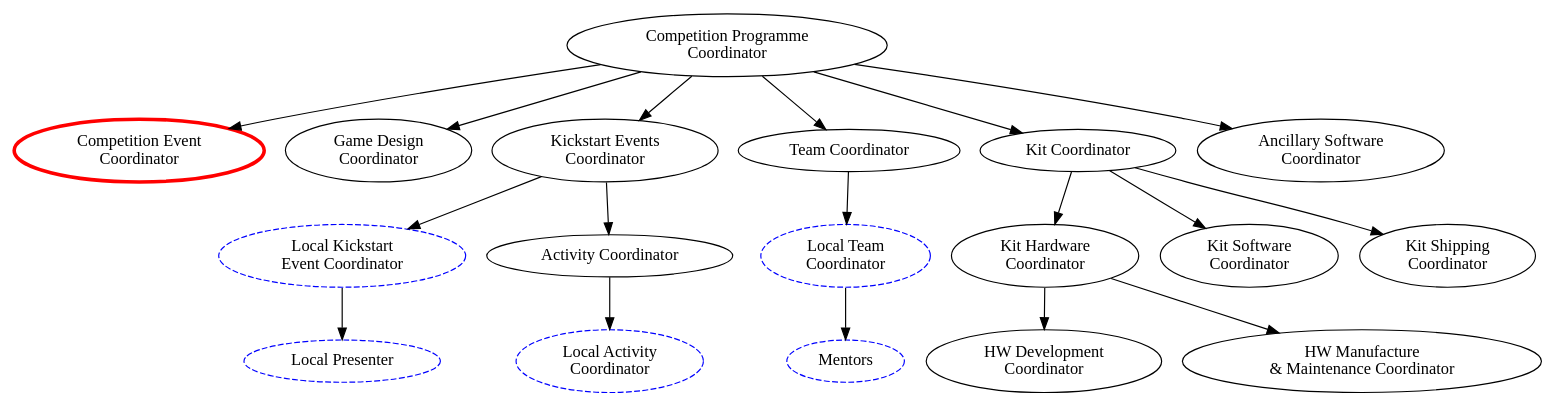
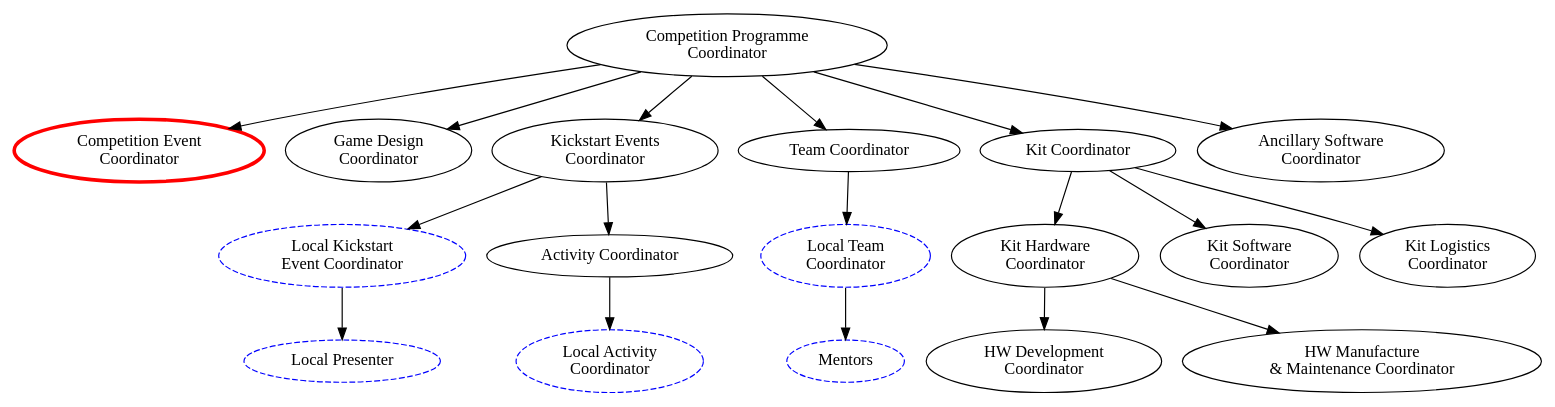
The diagram in org-chart/comp-prog.dot (Adimote/legacy-ops-manual), drawn with Graphviz before and after one commit. The commit also changed 1 other file, not shown here.

Commit message:
Rename Kit Shipping Coord to Kit Logistics Coord
Make this role more generally responsible for the management of kit
logistics.

```diff
--- a/org-chart/comp-prog.dot
+++ b/org-chart/comp-prog.dot
@@ -1,51 +1,51 @@
 digraph {
 	####### Node declarations
 	comp_prog_coord [label="Competition Programme\nCoordinator" email="competition-program@studentrobotics.org"];
 	
 	# Competition Coordinator Subordinates
 	comp_event_coord [label="Competition Event\nCoordinator" color=red penwidth=3 rolesexclude=true]; // Email and tel defined in comp-event.dot
 	game_design_coord [label="Game Design\nCoordinator" email="game-design@studentrobotics.org"];
 	kickstart_event_coord [label="Kickstart Events\nCoordinator" email="kickstart@studentrobotics.org"];
 	team_coord [label="Team Coordinator" email="teams@studentrobotics.org"];
 	kit_coord [label="Kit Coordinator" email="kit@studentrobotics.org"];
 	ancillary_sw_coord [label="Ancillary Software\nCoordinator" email="ancillary-software@studentrobotics.org"];
 	
 	### Fourth Level
 	
 	# Kickstart Event Coordinator Subordinates
 	local_ks_event_coord[label="Local Kickstart\nEvent Coordinator" color=blue style=dashed contactsexclude=true];
 	activity_coord[label="Activity Coordinator" email="activity@studentrobotics.org"]
 
 	local_activity_coord[label="Local Activity\nCoordinator" color=blue style=dashed contactsexclude=true];
 	local_team_coord[label="Local Team\nCoordinator" color=blue style=dashed contactsexclude=true];
 
 	# Kit Coordinator Subordinates
 	kit_hw_coord[label="Kit Hardware\nCoordinator" email="kit-hardware@studentrobotics.org"];
 	kit_sw_coord[label="Kit Software\nCoordinator" email="kit-software@studentrobotics.org"];
-	kit_shipping_coord[label="Kit Shipping\nCoordinator" email="kit-shipping@studentrobotics.org"];
+	kit_logistics_coord[label="Kit Logistics\nCoordinator" email="logistics@studentrobotics.org"];
 
 	# Hardware Coordinator Subordinates
 	hw_dev_coord[label="HW Development\nCoordinator" contactsexclude=true];
 	hw_manu_coord[label="HW Manufacture\n& Maintenance Coordinator" contactsexclude=true];
 	
 	### Fifth Level
 	local_presenter[label="Local Presenter" color=blue style=dashed contactsexclude=true];
 	
 	mentors[label="Mentors" color=blue style=dashed contactsexclude=true];
 	
 	
 	###### Connections between nodes
 	
 	comp_prog_coord -> { comp_event_coord game_design_coord kickstart_event_coord team_coord kit_coord ancillary_sw_coord };
 	
 	kickstart_event_coord -> { local_ks_event_coord activity_coord };
 		
 	activity_coord -> local_activity_coord;
 	local_ks_event_coord -> { local_presenter };
 		
 	team_coord -> local_team_coord;
 	local_team_coord -> mentors;
 		
-	kit_coord -> { kit_hw_coord kit_sw_coord kit_shipping_coord};
+	kit_coord -> { kit_hw_coord kit_sw_coord kit_logistics_coord};
 	kit_hw_coord -> { hw_dev_coord hw_manu_coord };
 }
```
